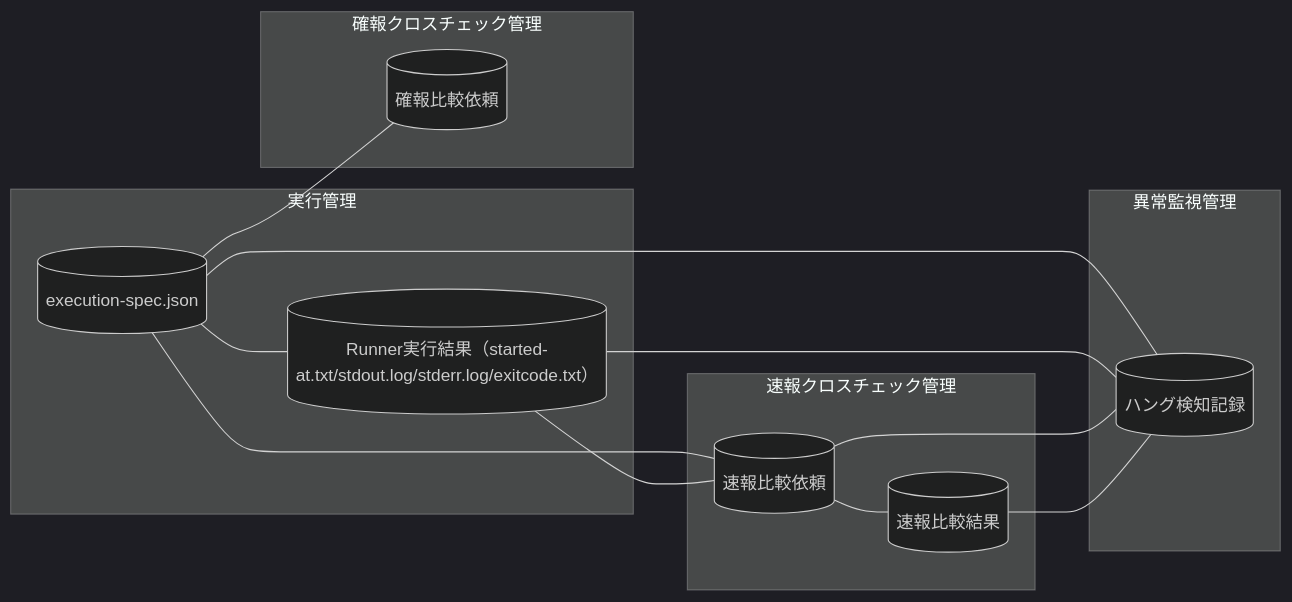
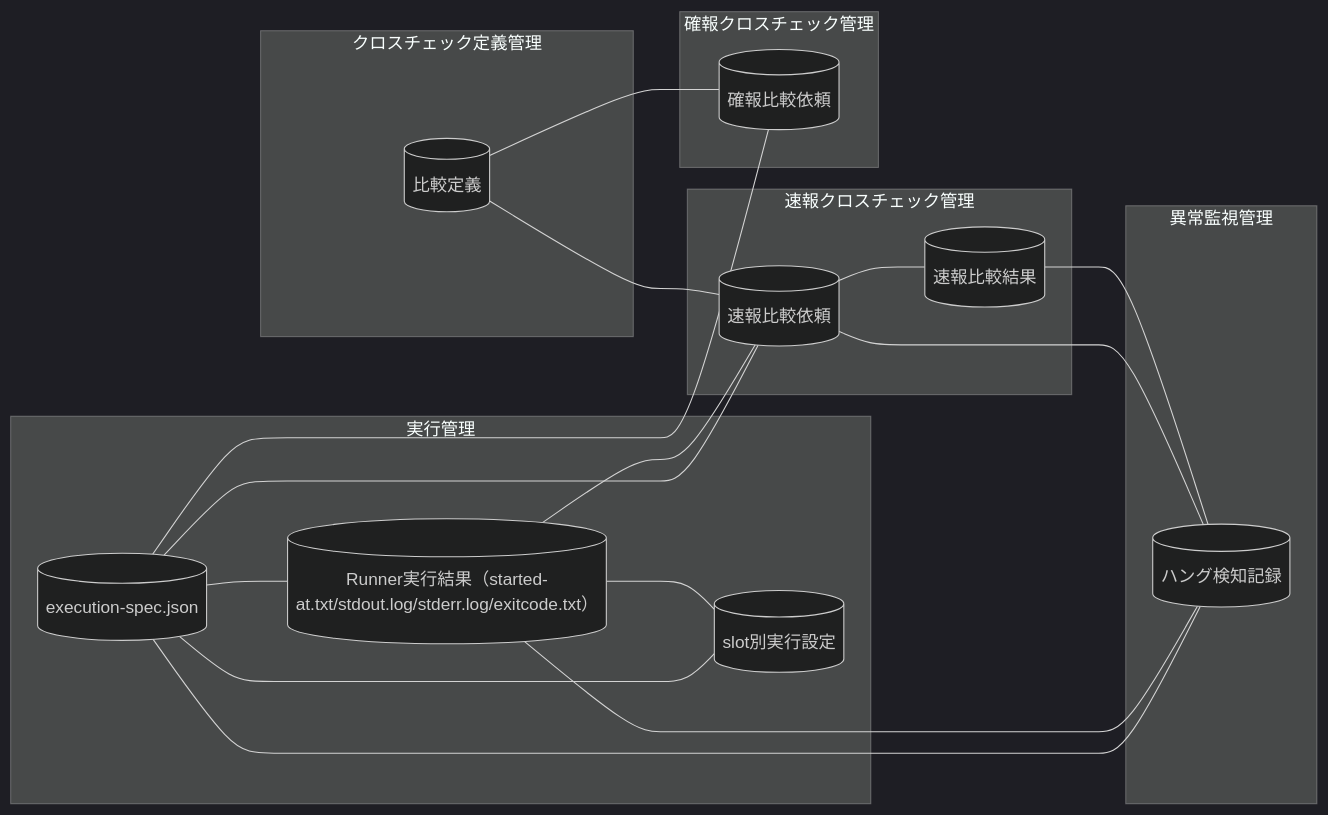
One commit to suwa-sh/relay-gate changed the diagram in docs/rdra/latest/views/05_情報モデル.md. Above: the diagram before and after it, drawn with Mermaid (dark theme). The commit also changed other lines of this file and 972 other files, not shown here.

````diff
--- a/docs/rdra/latest/views/05_情報モデル.md
+++ b/docs/rdra/latest/views/05_情報モデル.md
@@ -7,26 +7,34 @@
 ```mermaid
 graph LR
   subgraph CX1["実行管理"]
     IF1[("execution-spec.json")]
     IF2[("Runner実行結果（started-at.txt/stdout.log/stderr.log/exitcode.txt）")]
+    IF3[("slot別実行設定")]
   end
   subgraph CX2["速報クロスチェック管理"]
-    IF3[("速報比較依頼")]
-    IF4[("速報比較結果")]
+    IF4[("速報比較依頼")]
+    IF5[("速報比較結果")]
   end
   subgraph CX3["確報クロスチェック管理"]
-    IF5[("確報比較依頼")]
+    IF6[("確報比較依頼")]
   end
   subgraph CX4["異常監視管理"]
-    IF6[("ハング検知記録")]
+    IF7[("ハング検知記録")]
   end
+  subgraph CX5["クロスチェック定義管理"]
+    IF8[("比較定義")]
+  end
+  IF1 --- IF3
   IF1 --- IF2
-  IF1 --- IF3
-  IF1 --- IF5
+  IF1 --- IF4
   IF1 --- IF6
+  IF1 --- IF7
   IF2 --- IF3
-  IF2 --- IF6
-  IF3 --- IF4
-  IF3 --- IF6
-  IF4 --- IF6
+  IF2 --- IF4
+  IF2 --- IF7
+  IF4 --- IF5
+  IF4 --- IF7
+  IF5 --- IF7
+  IF8 --- IF4
+  IF8 --- IF6
 ```
````
